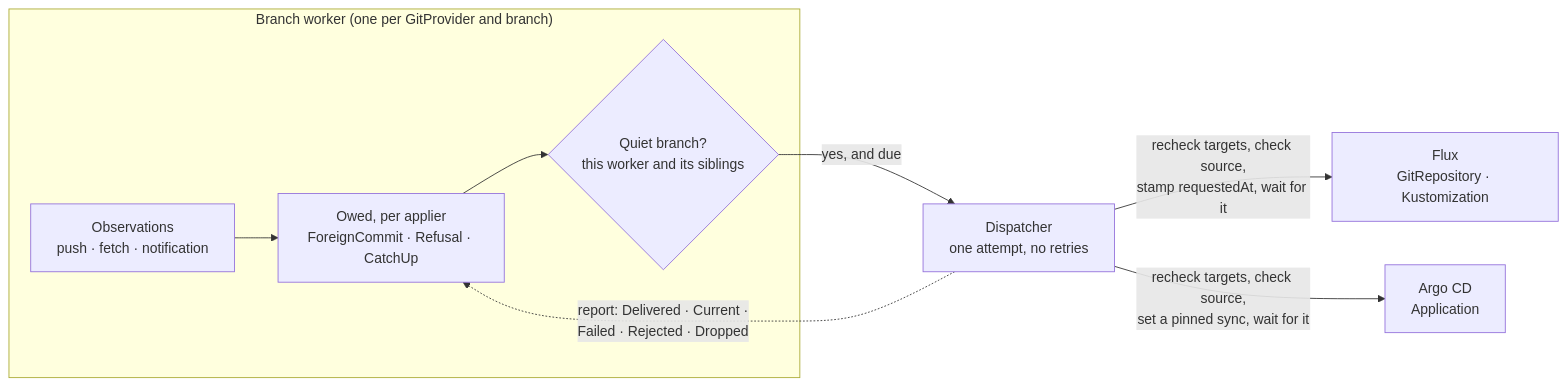
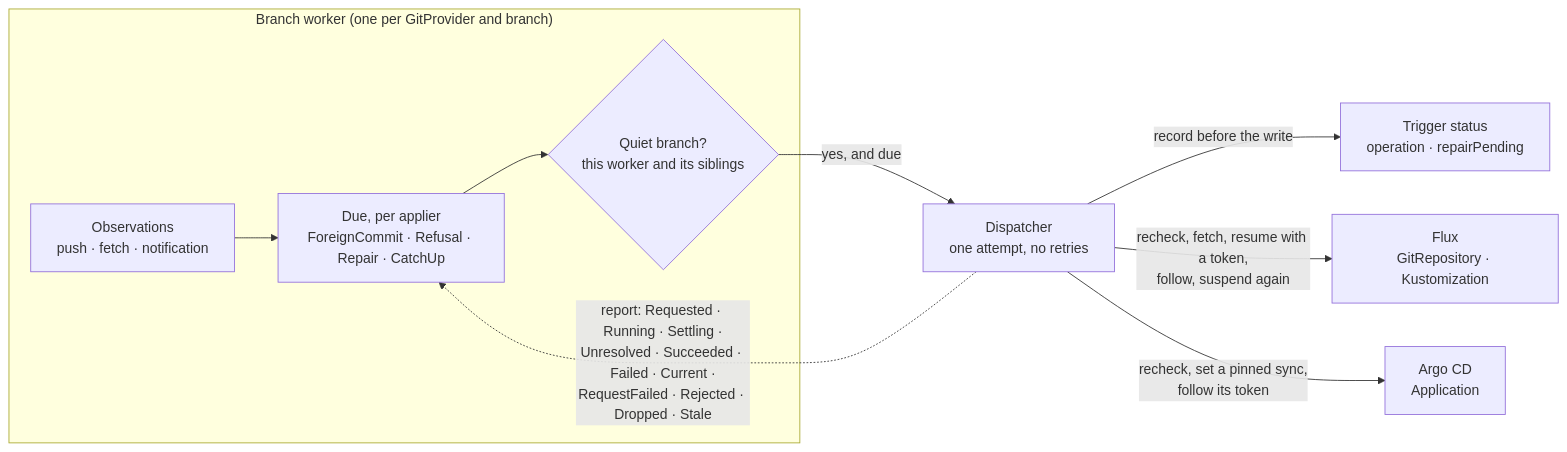
Before and after one commit to ConfigButler/gitops-reverser: the diagram in docs/design/apply-trigger.md, drawn with Mermaid. The commit also changed other lines of this file and 235 other files, not shown here.

````diff
--- a/docs/design/apply-trigger.md
+++ b/docs/design/apply-trigger.md
@@ -97,17 +118,19 @@
 ```mermaid
 flowchart LR
     subgraph WORKER["Branch worker (one per GitProvider and branch)"]
         OBS["Observations<br/>push · fetch · notification"]
-        OWE["Owed, per applier<br/>ForeignCommit · Refusal · CatchUp"]
+        DUE["Due, per applier<br/>ForeignCommit · Refusal · Repair · CatchUp"]
         QUIET{"Quiet branch?<br/>this worker and its siblings"}
     end
     EXEC["Dispatcher<br/>one attempt, no retries"]
+    TRIG["Trigger status<br/>operation · repairPending"]
     FLUX["Flux<br/>GitRepository · Kustomization"]
     ARGO["Argo CD<br/>Application"]
 
-    OBS --> OWE --> QUIET
+    OBS --> DUE --> QUIET
     QUIET -- "yes, and due" --> EXEC
-    EXEC -- "recheck targets, check source,<br/>stamp requestedAt, wait for it" --> FLUX
-    EXEC -- "recheck targets, check source,<br/>set a pinned sync, wait for it" --> ARGO
-    EXEC -. "report: Delivered · Current ·<br/>Failed · Rejected · Dropped" .-> OWE
+    EXEC -- "record before the write" --> TRIG
+    EXEC -- "recheck, fetch, resume with a token,<br/>follow, suspend again" --> FLUX
+    EXEC -- "recheck, set a pinned sync,<br/>follow its token" --> ARGO
+    EXEC -. "report: Requested · Running · Settling ·<br/>Unresolved · Succeeded · Failed · Current ·<br/>RequestFailed · Rejected · Dropped · Stale" .-> DUE
 ```
````
